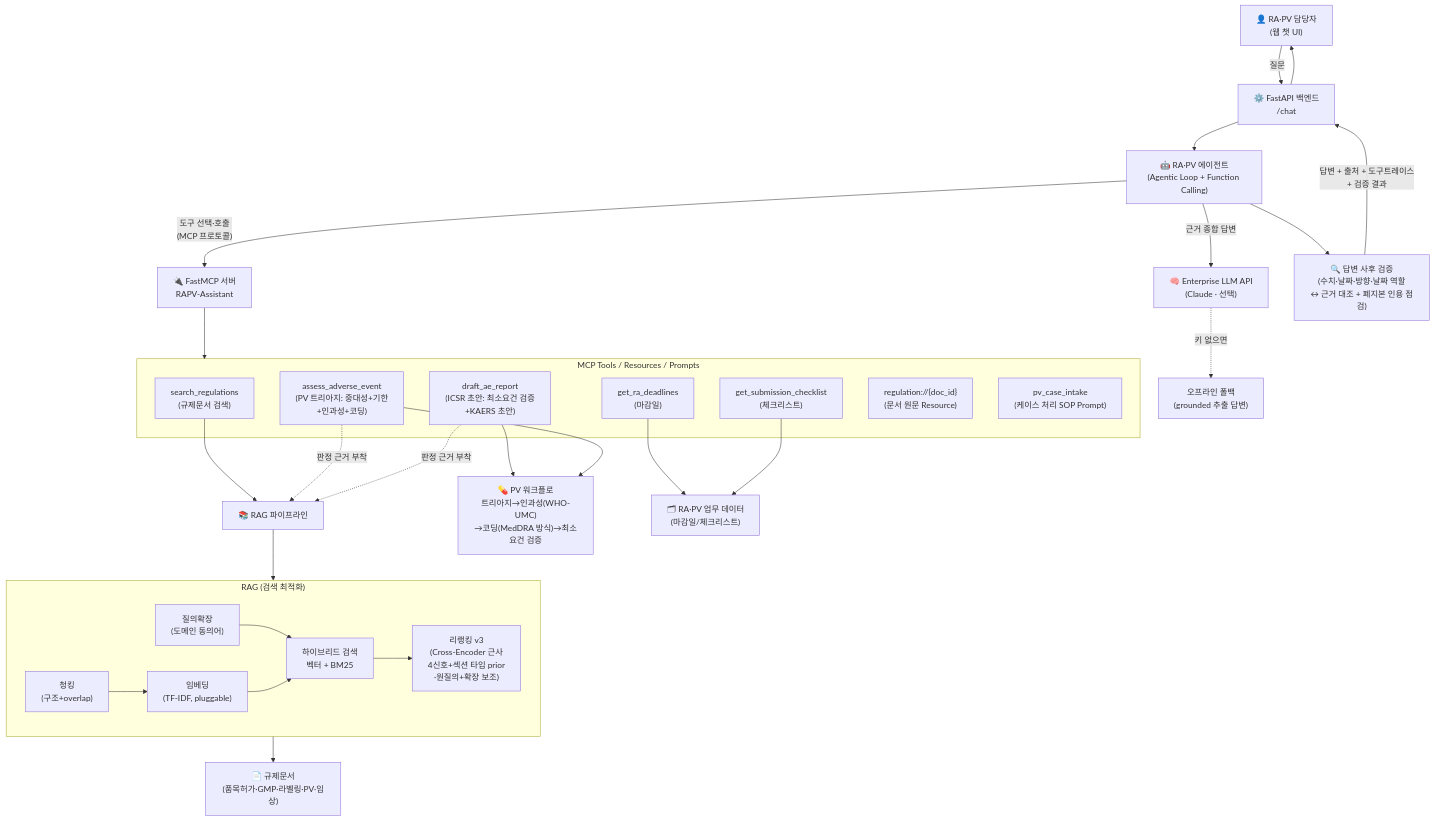
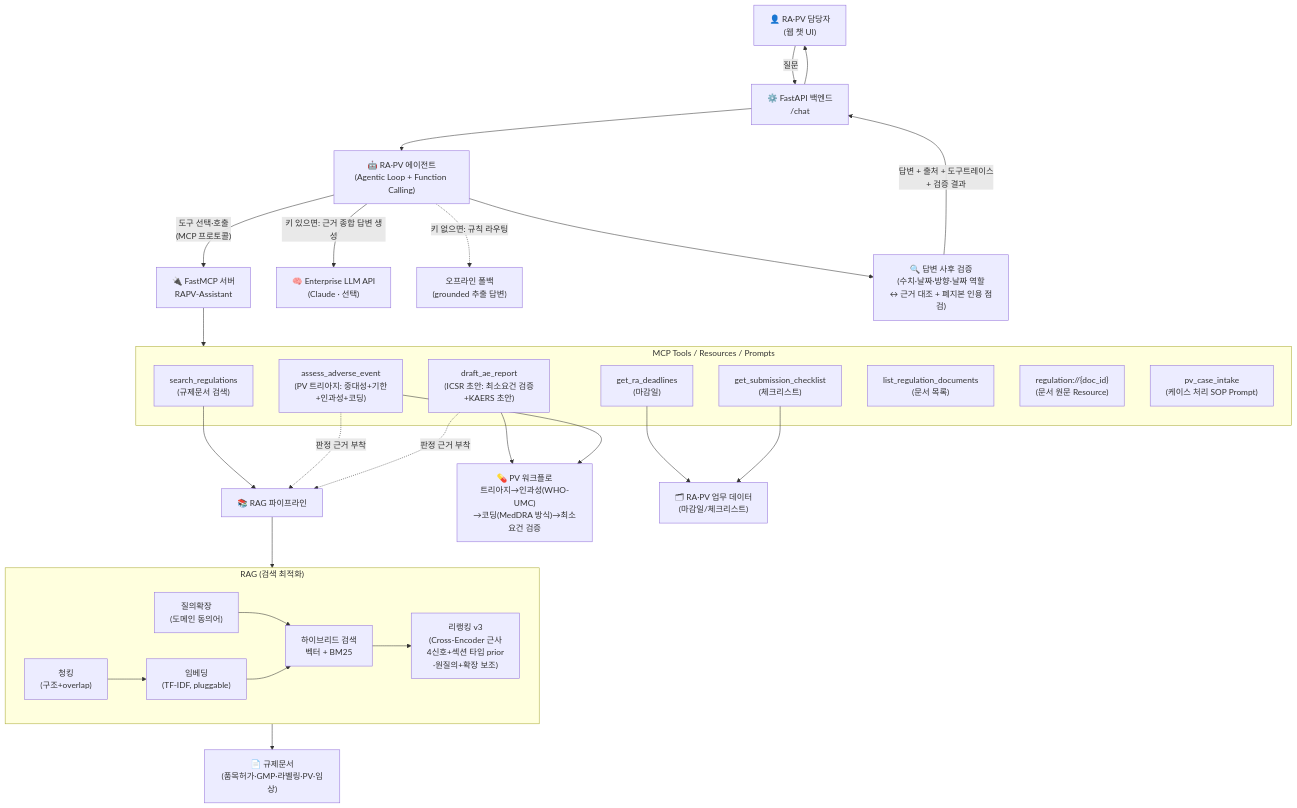
The diagram in project/README.md (chaeyoo/letsgogc), drawn with Mermaid before and after one commit. The commit also changed other lines of this file and 27 other files, not shown here.

````diff
--- a/project/README.md
+++ b/project/README.md
@@ -51,41 +51,42 @@
 ```mermaid
 flowchart TB
     U["👤 RA·PV 담당자<br/>(웹 챗 UI)"] -->|질문| API["⚙️ FastAPI 백엔드<br/>/chat"]
     API --> AG["🤖 RA·PV 에이전트<br/>(Agentic Loop + Function Calling)"]
 
     AG -->|"도구 선택·호출<br/>(MCP 프로토콜)"| MCP["🔌 FastMCP 서버<br/>RAPV-Assistant"]
 
     subgraph MCP_TOOLS["MCP Tools / Resources / Prompts"]
         T1["search_regulations<br/>(규제문서 검색)"]
         T2["get_ra_deadlines<br/>(마감일)"]
         T3["get_submission_checklist<br/>(체크리스트)"]
         T4["assess_adverse_event<br/>(PV 트리아지: 중대성+기한<br/>+인과성+코딩)"]
         T5["draft_ae_report<br/>(ICSR 초안: 최소요건 검증<br/>+KAERS 초안)"]
+        T6["list_regulation_documents<br/>(문서 목록)"]
         R1["regulation://{doc_id}<br/>(문서 원문 Resource)"]
         P1["pv_case_intake<br/>(케이스 처리 SOP Prompt)"]
     end
     MCP --> MCP_TOOLS
 
     T1 --> RAG["📚 RAG 파이프라인"]
     T4 -.->|"판정 근거 부착"| RAG
     T5 -.->|"판정 근거 부착"| RAG
     T5 --> PV["💊 PV 워크플로<br/>트리아지→인과성(WHO-UMC)<br/>→코딩(MedDRA 방식)→최소요건 검증"]
     T4 --> PV
     subgraph RAG_PIPE["RAG (검색 최적화)"]
         C1["청킹<br/>(구조+overlap)"] --> C2["임베딩<br/>(TF-IDF, pluggable)"]
         C0["질의확장<br/>(도메인 동의어)"] --> C3["하이브리드 검색<br/>벡터 + BM25"]
         C2 --> C3
         C3 --> C4["리랭킹 v3<br/>(Cross-Encoder 근사<br/>4신호+섹션 타입 prior<br/>·원질의+확장 보조)"]
     end
     RAG --> RAG_PIPE
     RAG_PIPE --> DOCS["📄 규제문서<br/>(품목허가·GMP·라벨링·PV·임상)"]
 
     T2 --> DB["🗂 RA·PV 업무 데이터<br/>(마감일/체크리스트)"]
     T3 --> DB
 
-    AG -->|"근거 종합 답변"| LLM["🧠 Enterprise LLM API<br/>(Claude · 선택)"]
-    LLM -.->|"키 없으면"| FB["오프라인 폴백<br/>(grounded 추출 답변)"]
+    AG -->|"키 있으면: 근거 종합 답변 생성"| LLM["🧠 Enterprise LLM API<br/>(Claude · 선택)"]
+    AG -.->|"키 없으면: 규칙 라우팅"| FB["오프라인 폴백<br/>(grounded 추출 답변)"]
 
     AG --> VER["🔍 답변 사후 검증<br/>(수치·날짜·방향·날짜 역할<br/>↔ 근거 대조 + 폐지본 인용 점검)"]
     VER -->|"답변 + 출처 + 도구트레이스<br/>+ 검증 결과"| API --> U
 ```
````
